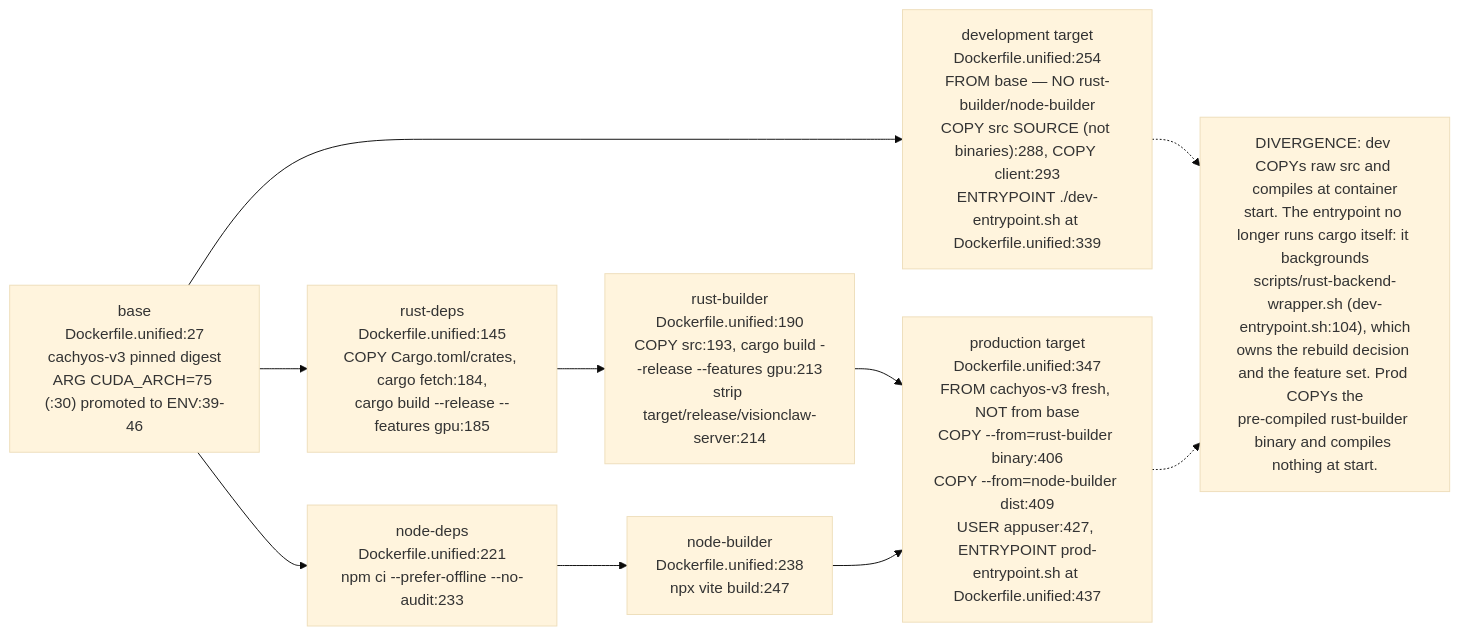
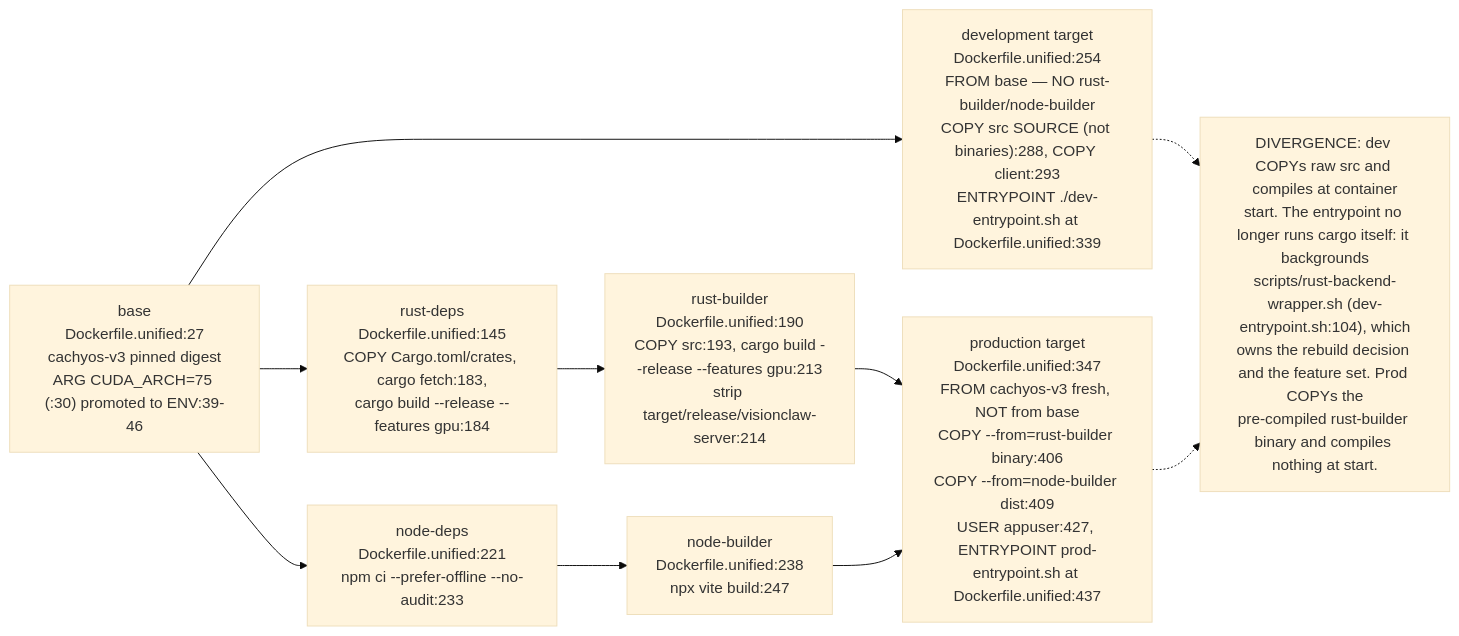
The third of 24 diagrams in docs/diagrams/estate/09-build-deploy-and-ci-estate.md (DreamLab-AI/VisionFlow), drawn with Mermaid (base theme) before and after one commit. The commit also changed other lines of this file and 91 other files, not shown here.

````diff
--- a/docs/diagrams/estate/09-build-deploy-and-ci-estate.md
+++ b/docs/diagrams/estate/09-build-deploy-and-ci-estate.md
@@ -164,20 +169,20 @@
 ```mermaid
 flowchart LR
     BASE["base<br/>Dockerfile.unified:27<br/>cachyos-v3 pinned digest<br/>ARG CUDA_ARCH=75 (:30) promoted to ENV:39-46"]
-    RUSTDEPS["rust-deps<br/>Dockerfile.unified:145<br/>COPY Cargo.toml/crates, cargo fetch:184,<br/>cargo build --release --features gpu:185"]
+    RUSTDEPS["rust-deps<br/>Dockerfile.unified:145<br/>COPY Cargo.toml/crates, cargo fetch:183,<br/>cargo build --release --features gpu:184"]
     RUSTBUILD["rust-builder<br/>Dockerfile.unified:190<br/>COPY src:193, cargo build --release --features gpu:213<br/>strip target/release/visionclaw-server:214"]
     NODEDEPS["node-deps<br/>Dockerfile.unified:221<br/>npm ci --prefer-offline --no-audit:233"]
     NODEBUILD["node-builder<br/>Dockerfile.unified:238<br/>npx vite build:247"]
     DEV["development target<br/>Dockerfile.unified:254<br/>FROM base — NO rust-builder/node-builder<br/>COPY src SOURCE (not binaries):288, COPY client:293<br/>ENTRYPOINT ./dev-entrypoint.sh at Dockerfile.unified:339"]
     PROD["production target<br/>Dockerfile.unified:347<br/>FROM cachyos-v3 fresh, NOT from base<br/>COPY --from=rust-builder binary:406<br/>COPY --from=node-builder dist:409<br/>USER appuser:427, ENTRYPOINT prod-entrypoint.sh at Dockerfile.unified:437"]
 
     BASE --> RUSTDEPS --> RUSTBUILD
     BASE --> NODEDEPS --> NODEBUILD
     BASE --> DEV
     RUSTBUILD --> PROD
     NODEBUILD --> PROD
 
     DIVERGE["DIVERGENCE: dev COPYs raw src and compiles at container<br/>start. The entrypoint no longer runs cargo itself: it backgrounds<br/>scripts/rust-backend-wrapper.sh (dev-entrypoint.sh:104), which<br/>owns the rebuild decision and the feature set. Prod COPYs the<br/>pre-compiled rust-builder binary and compiles nothing at start."]
     DEV -.-> DIVERGE
     PROD -.-> DIVERGE
 ```
````
